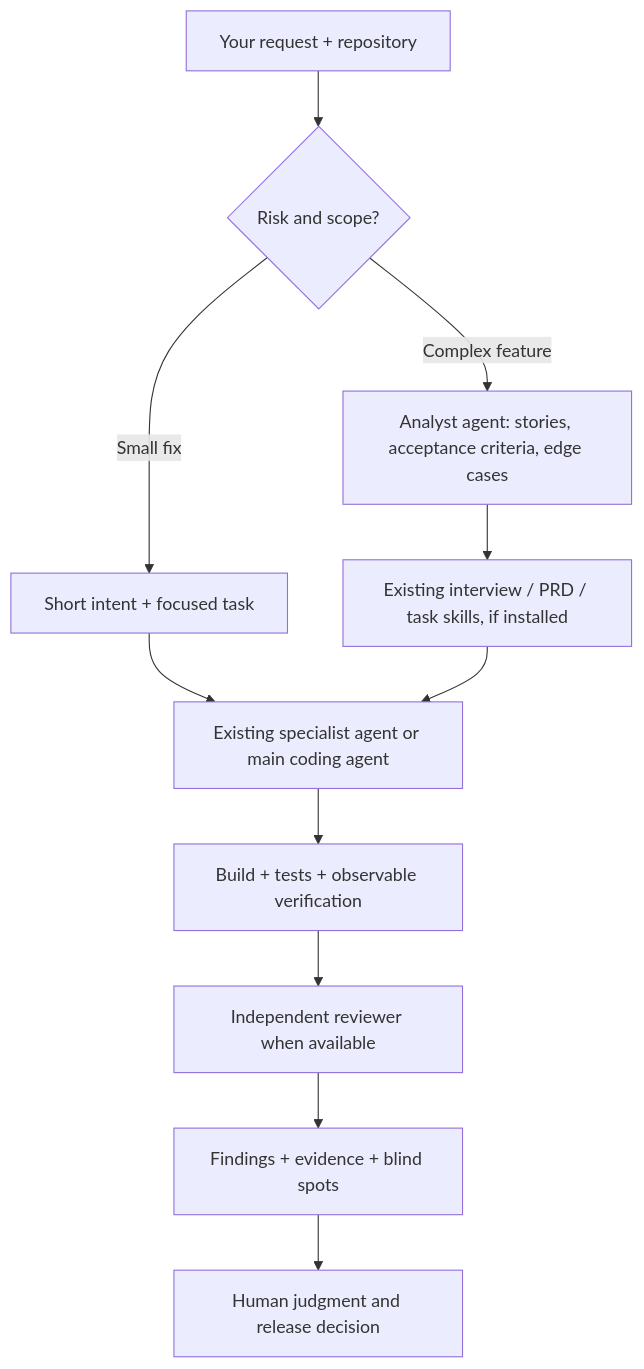
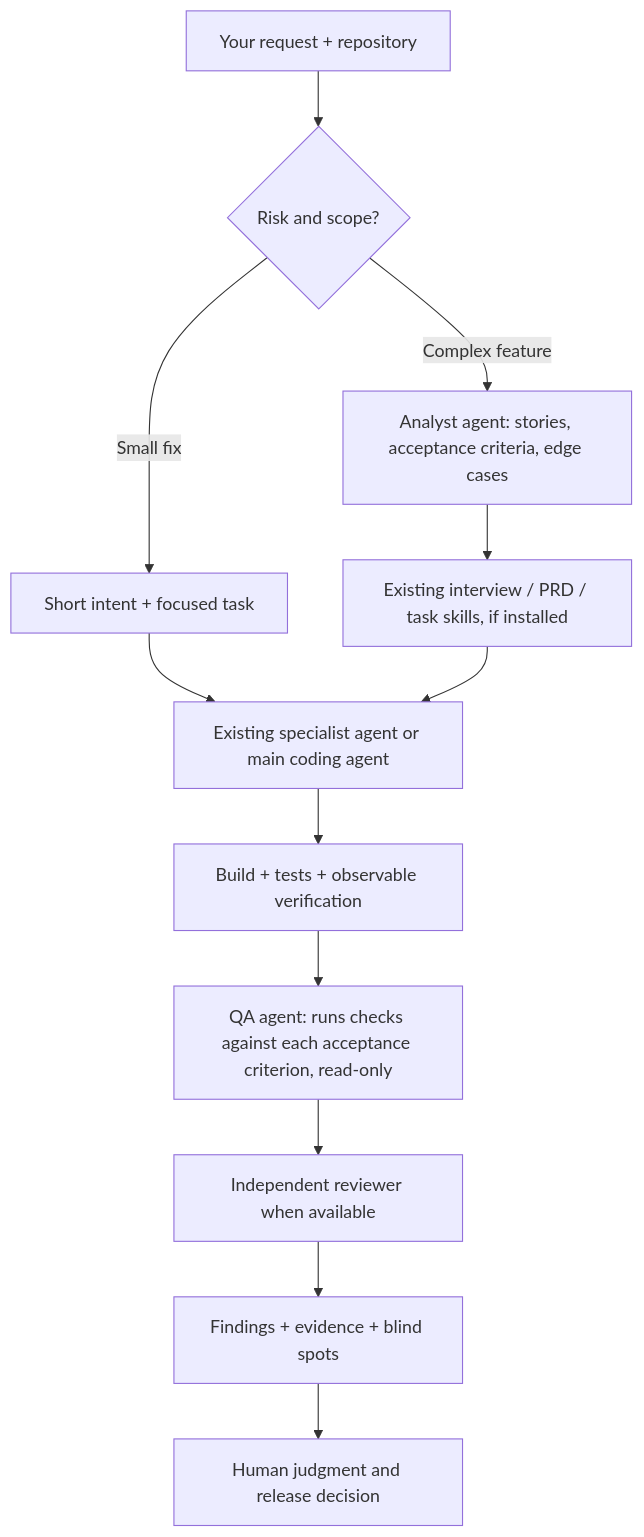
The diagram in README.md (dimitriskl/engineering-judgment-skill), drawn with Mermaid before and after one commit. The commit also changed other lines of this file and 5 other files, not shown here.

````diff
--- a/README.md
+++ b/README.md
@@ -49,13 +49,14 @@
 ```mermaid
 flowchart TD
   A[Your request + repository] --> B{Risk and scope?}
   B -->|Small fix| C[Short intent + focused task]
   B -->|Complex feature| A2[Analyst agent: stories, acceptance criteria, edge cases]
   A2 --> D[Existing interview / PRD / task skills, if installed]
   C --> E[Existing specialist agent or main coding agent]
   D --> E
   E --> F[Build + tests + observable verification]
-  F --> G[Independent reviewer when available]
+  F --> Q[QA agent: runs checks against each acceptance criterion, read-only]
+  Q --> G[Independent reviewer when available]
   G --> H[Findings + evidence + blind spots]
   H --> I[Human judgment and release decision]
 ```
````
